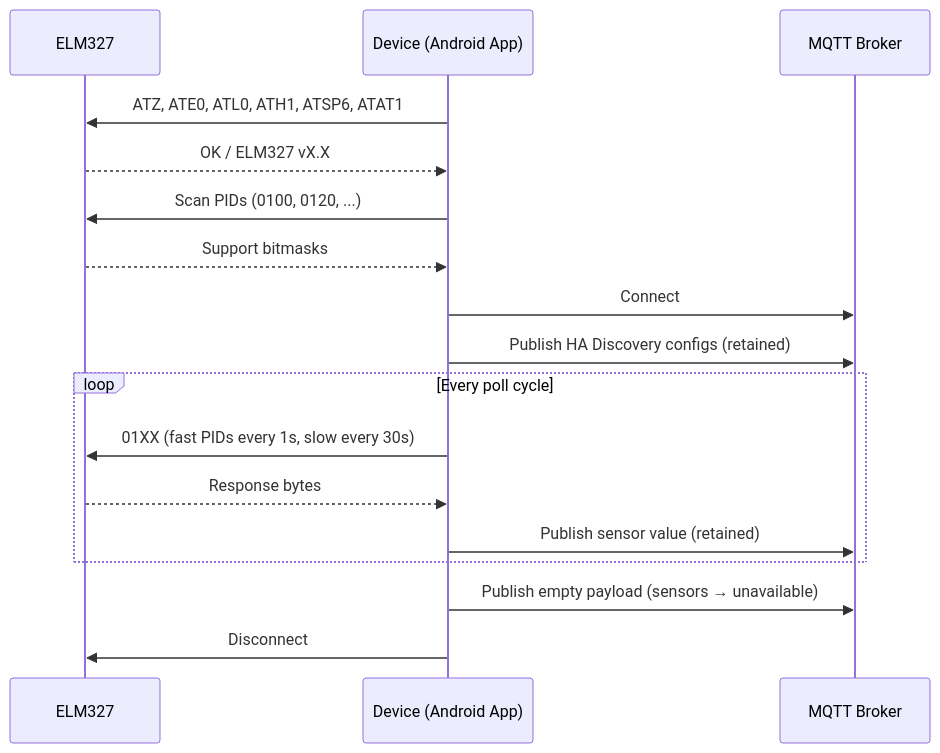
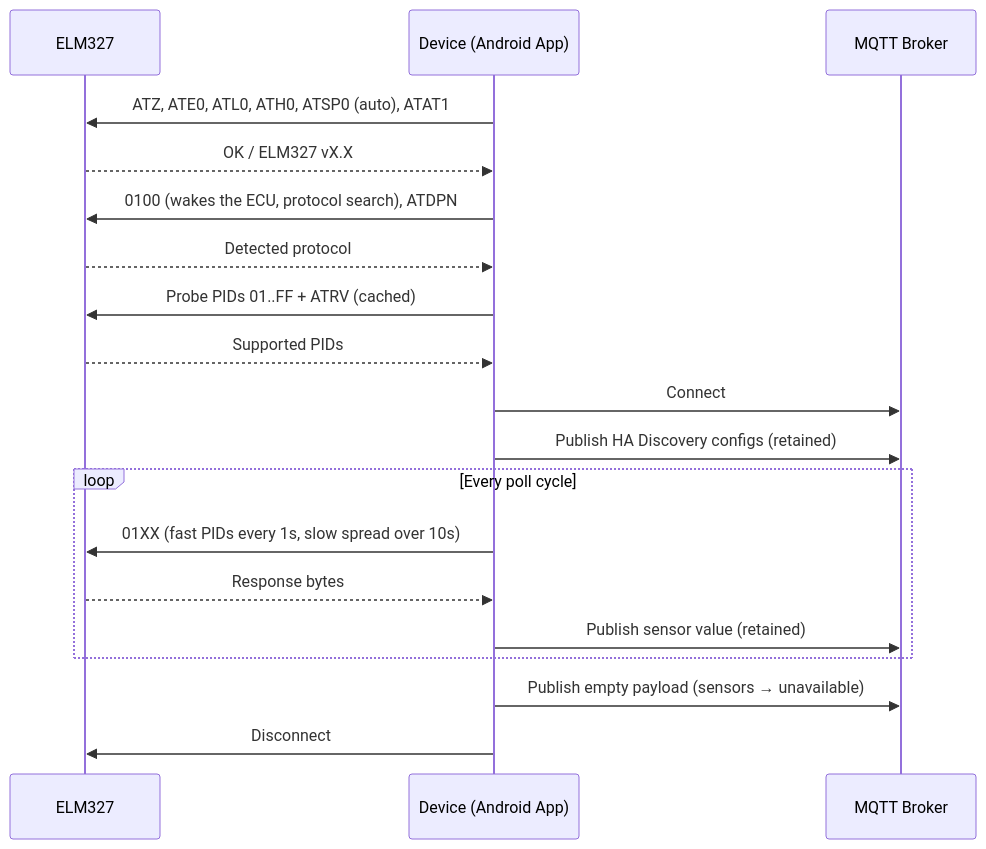
Before and after one commit to Blend0963/obd2mqtt: the diagram in README.md, drawn with Mermaid. The commit also changed other lines of this file and 33 other files, not shown here.

````diff
--- a/README.md
+++ b/README.md
@@ -92,24 +99,27 @@
 ```mermaid
 sequenceDiagram
     participant ELM327
     participant Device as Device (Android App)
     participant Broker as MQTT Broker
 
-    Device->>ELM327: ATZ, ATE0, ATL0, ATH1, ATSP6, ATAT1
+    Device->>ELM327: ATZ, ATE0, ATL0, ATH0, ATSP0 (auto), ATAT1
     ELM327-->>Device: OK / ELM327 vX.X
 
-    Device->>ELM327: Scan PIDs (0100, 0120, ...)
-    ELM327-->>Device: Support bitmasks
+    Device->>ELM327: 0100 (wakes the ECU, protocol search), ATDPN
+    ELM327-->>Device: Detected protocol
+
+    Device->>ELM327: Probe PIDs 01..FF + ATRV (cached)
+    ELM327-->>Device: Supported PIDs
 
     Device->>Broker: Connect
     Device->>Broker: Publish HA Discovery configs (retained)
 
     loop Every poll cycle
-        Device->>ELM327: 01XX (fast PIDs every 1s, slow every 30s)
+        Device->>ELM327: 01XX (fast PIDs every 1s, slow spread over 10s)
         ELM327-->>Device: Response bytes
         Device->>Broker: Publish sensor value (retained)
     end
 
     Device->>Broker: Publish empty payload (sensors → unavailable)
     Device->>ELM327: Disconnect
 ```
````
